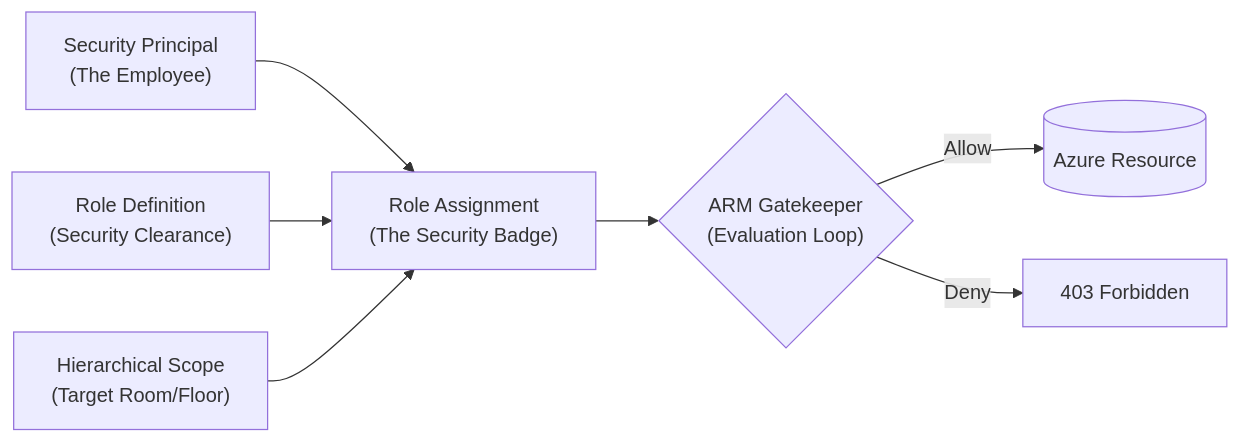
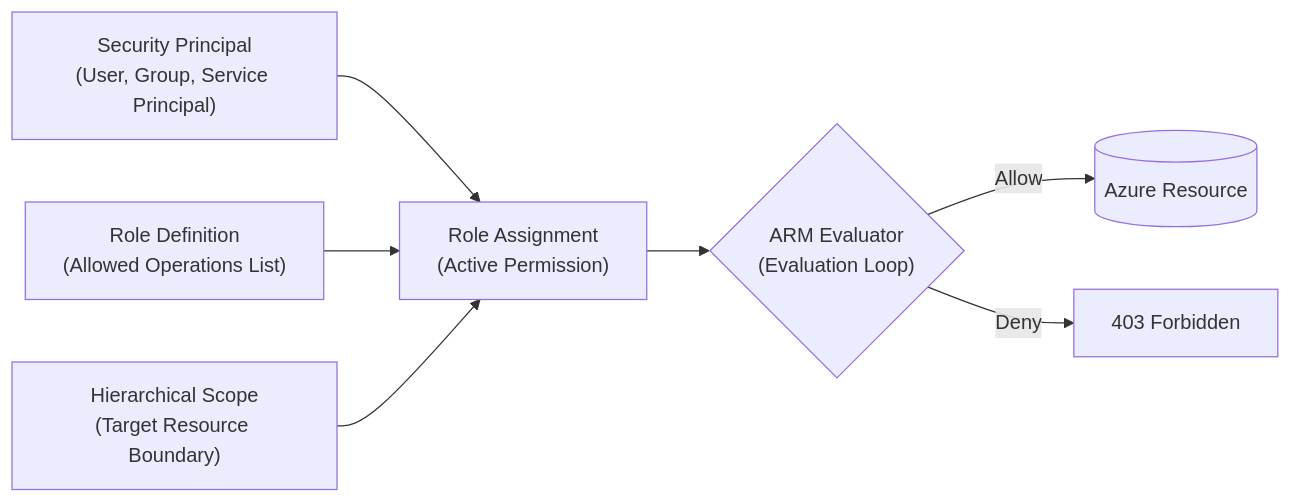
The first of 2 diagrams in cloud-providers/azure/identity-security/what-is-azure-rbac.md (senlinyy/dev-roadmaps), drawn with Mermaid before and after one commit. The commit also changed other lines of this file and 343 other files, not shown here.

````diff
--- a/cloud-providers/azure/identity-security/what-is-azure-rbac.md
+++ b/cloud-providers/azure/identity-security/what-is-azure-rbac.md
@@ -43,14 +47,14 @@
 ```mermaid
 flowchart LR
-    Principal["Security Principal<br/>(The Employee)"]
-    Role["Role Definition<br/>(Security Clearance)"]
-    Scope["Hierarchical Scope<br/>(Target Room/Floor)"]
+    Principal["Security Principal<br/>(User, Group, Service Principal)"]
+    Role["Role Definition<br/>(Allowed Operations List)"]
+    Scope["Hierarchical Scope<br/>(Target Resource Boundary)"]
 
-    Principal --> Assignment["Role Assignment<br/>(The Security Badge)"]
+    Principal --> Assignment["Role Assignment<br/>(Active Permission)"]
     Role --> Assignment
     Scope --> Assignment
 
-    Assignment --> Gateway{"ARM Gatekeeper<br/>(Evaluation Loop)"}
+    Assignment --> Gateway{"ARM Evaluator<br/>(Evaluation Loop)"}
     Gateway --> |Allow| Resource[("Azure Resource")]
     Gateway --> |Deny| Reject["403 Forbidden"]
 ```
````
